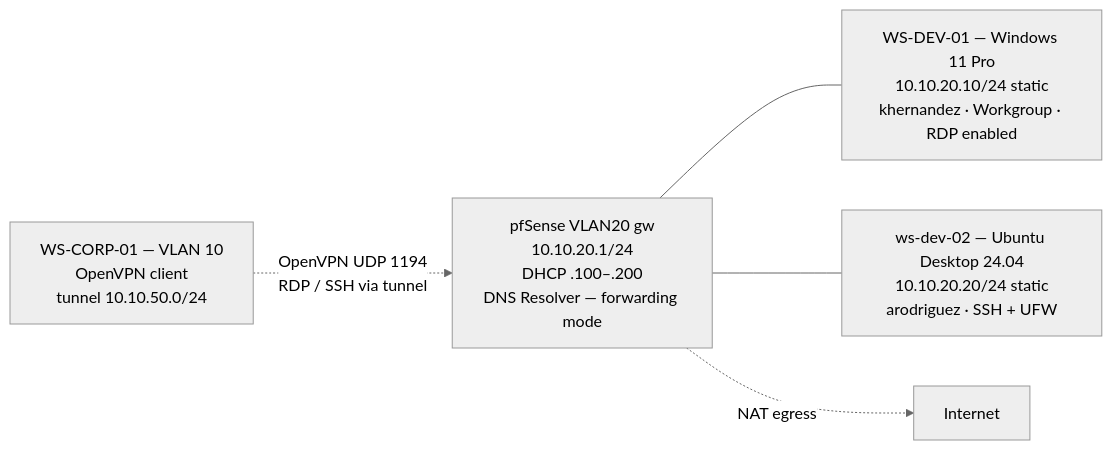
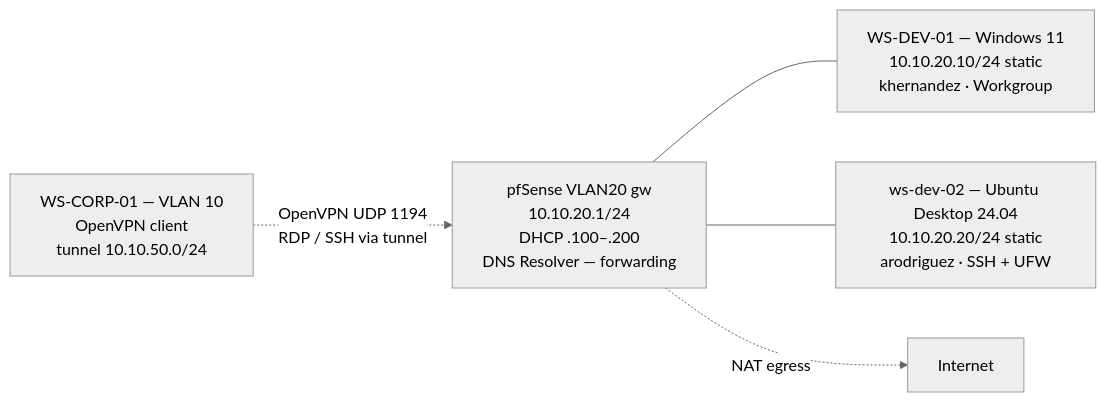
One commit to DanielBandarica02/SOC-HomeLab changed the diagram in docs/01-infrastructure/03-vlan20.md. Above: the diagram before and after it, drawn with Mermaid (neutral theme).

````diff
--- a/docs/01-infrastructure/03-vlan20.md
+++ b/docs/01-infrastructure/03-vlan20.md
@@ -15,12 +15,12 @@
 ```mermaid
 flowchart LR
-    pfsense[pfSense VLAN20 gw<br/>10.10.20.1/24<br/>DHCP .100–.200<br/>DNS Resolver — forwarding mode]
-    wsdev1[WS-DEV-01 — Windows 11 Pro<br/>10.10.20.10/24 static<br/>khernandez · Workgroup · RDP enabled]
+    pfsense[pfSense VLAN20 gw<br/>10.10.20.1/24<br/>DHCP .100–.200<br/>DNS Resolver — forwarding]
+    wsdev1[WS-DEV-01 — Windows 11<br/>10.10.20.10/24 static<br/>khernandez · Workgroup ]
     wsdev2[ws-dev-02 — Ubuntu Desktop 24.04<br/>10.10.20.20/24 static<br/>arodriguez · SSH + UFW]
     corp[WS-CORP-01 — VLAN 10<br/>OpenVPN client<br/>tunnel 10.10.50.0/24]
     external[Internet]
     pfsense --- wsdev1
     pfsense --- wsdev2
     corp -.->|OpenVPN UDP 1194<br/>RDP / SSH via tunnel| pfsense
     pfsense -.->|NAT egress| external
 ```
````
